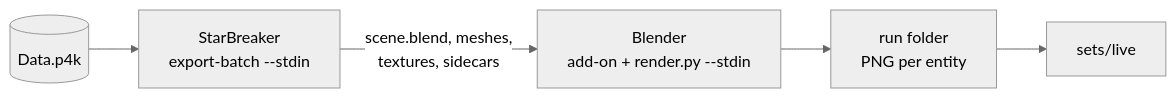
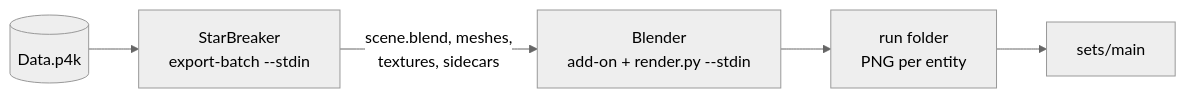
One commit to w00zla/sc-packshot changed the diagram in README.md. Above: the diagram before and after it, drawn with Mermaid (neutral theme). The commit also changed other lines of this file and 14 other files, not shown here.

````diff
--- a/README.md
+++ b/README.md
@@ -29,7 +29,7 @@
 ```mermaid
 flowchart LR
     P[(Data.p4k)] --> E[StarBreaker<br/>export-batch --stdin]
     E -->|scene.blend, meshes,<br/>textures, sidecars| B[Blender<br/>add-on + render.py --stdin]
     B --> R[run folder<br/>PNG per entity]
-    R --> S[sets/live]
+    R --> S[sets/main]
 ```
````
